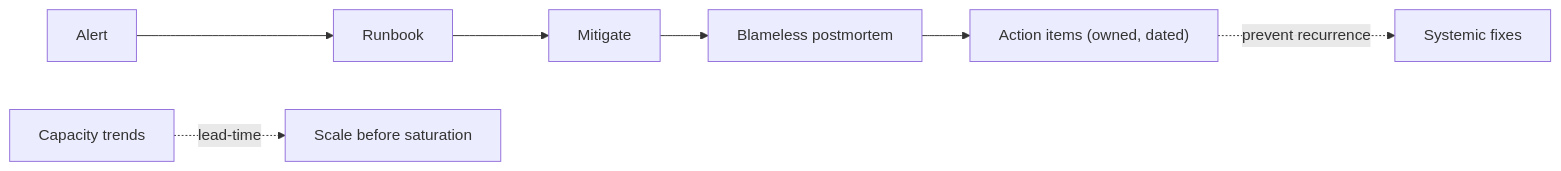
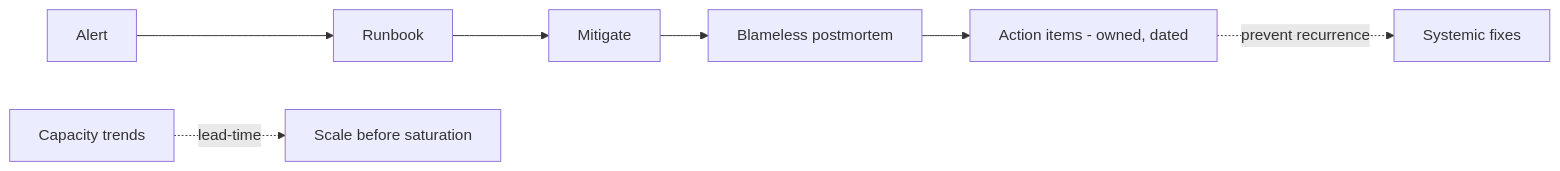
One commit to RIT-MESH/system-design-mastery changed the diagram in docs/08-observability/04-on-call-runbooks-postmortems.md. Above: the diagram before and after it, drawn with Mermaid. The commit also changed 139 other files, not shown here.

First line of the commit message:
Fix Mermaid parse errors: replace parentheses in node labels across 140 files

````diff
--- a/docs/08-observability/04-on-call-runbooks-postmortems.md
+++ b/docs/08-observability/04-on-call-runbooks-postmortems.md
@@ -34,10 +34,10 @@
 ```mermaid
 %% created-for: system-design-mastery
 flowchart LR
   Alert["Alert"] --> RB["Runbook"]
   RB --> Mit["Mitigate"]
   Mit --> PM["Blameless postmortem"]
-  PM --> AIs["Action items (owned, dated)"]
+  PM --> AIs["Action items - owned, dated"]
   AIs -.prevent recurrence.-> System["Systemic fixes"]
   Cap["Capacity trends"] -.lead-time.-> Scale["Scale before saturation"]
 ```
````
